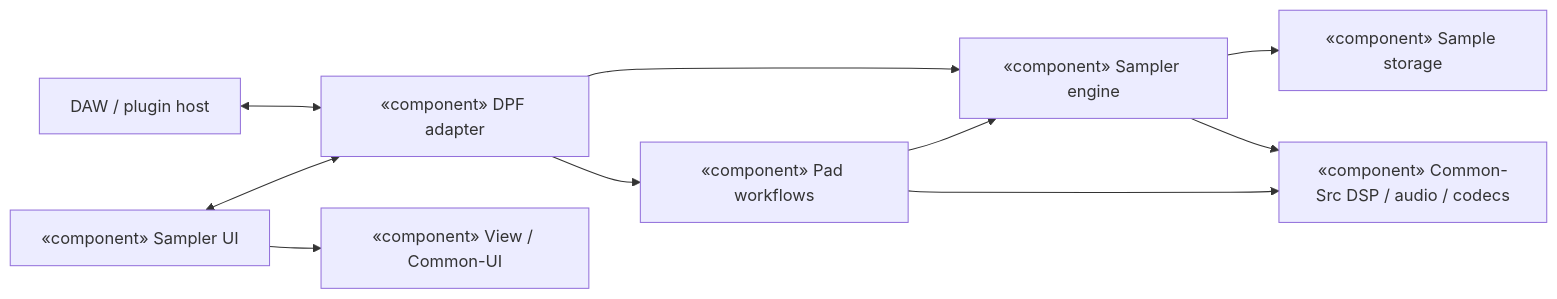
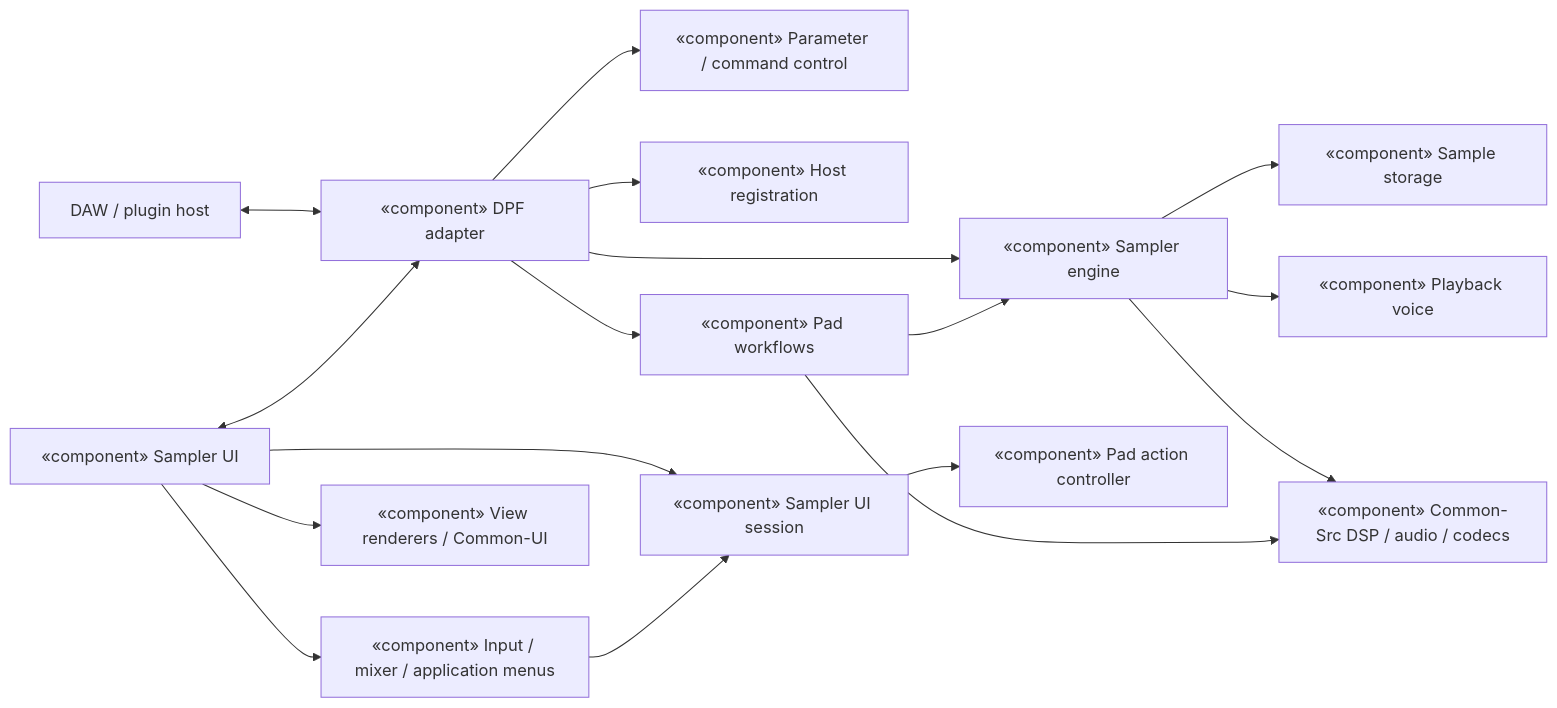
The first of 2 diagrams in Docs/ARCHITECTURE.md (sirsipe/SMS-Plugins), drawn with Mermaid before and after one commit. The commit also changed other lines of this file and 41 other files, not shown here.

````diff
--- a/Docs/ARCHITECTURE.md
+++ b/Docs/ARCHITECTURE.md
@@ -9,12 +9,19 @@
 ```mermaid
 flowchart LR
     Host[DAW / plugin host] <--> Adapter["«component» DPF adapter"]
     UI["«component» Sampler UI"] <--> Adapter
+    Adapter --> Controls["«component» Parameter / command control"]
+    Adapter --> Metadata["«component» Host registration"]
     Adapter --> Workflows["«component» Pad workflows"]
     Adapter --> Engine["«component» Sampler engine"]
     Workflows --> Engine
     Engine --> Storage["«component» Sample storage"]
+    Engine --> Voice["«component» Playback voice"]
     Engine --> Shared["«component» Common-Src DSP / audio / codecs"]
     Workflows --> Shared
-    UI --> View["«component» View / Common-UI"]
+    UI --> Session["«component» Sampler UI session"]
+    UI --> Input["«component» Input / mixer / application menus"]
+    Input --> Session
+    Session --> Actions["«component» Pad action controller"]
+    UI --> View["«component» View renderers / Common-UI"]
 ```
````
